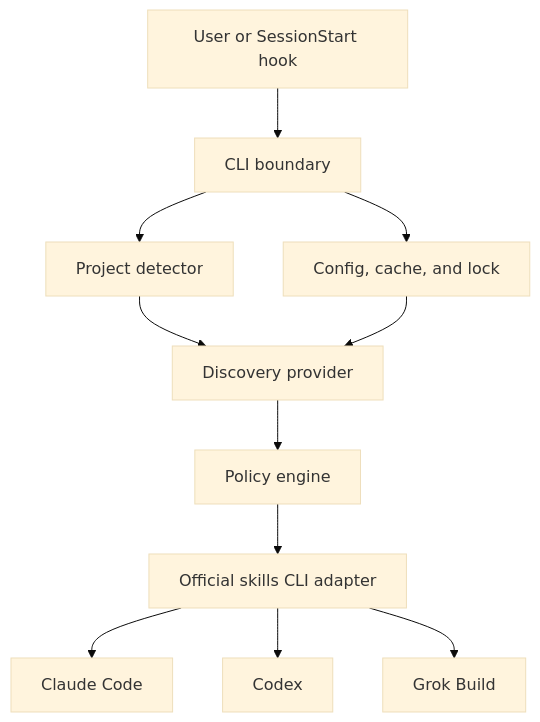
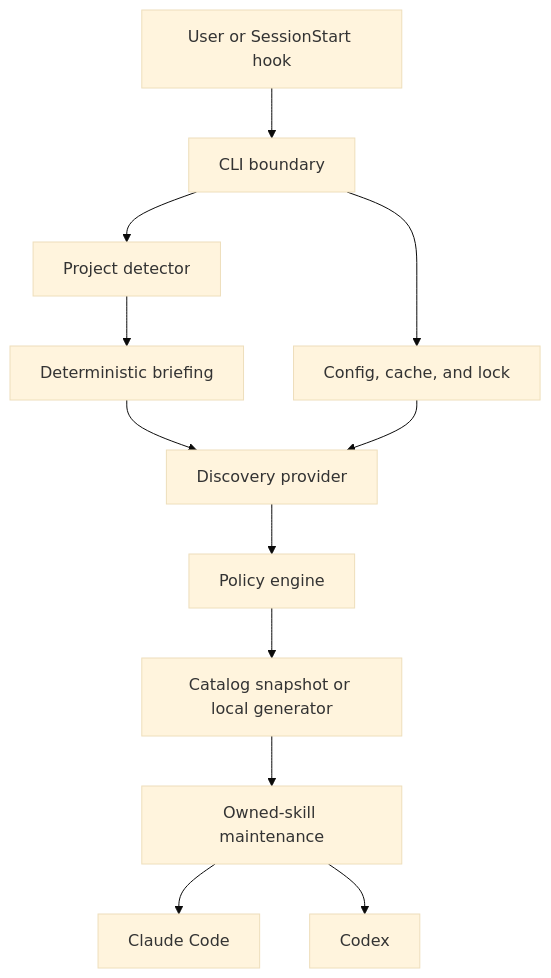
Before and after one commit to lucascharao/agent-skill-bootstrap: the diagram in docs/ARCHITECTURE.md, drawn with Mermaid (base theme). The commit also changed other lines of this file and 22 other files, not shown here.

````diff
--- a/docs/ARCHITECTURE.md
+++ b/docs/ARCHITECTURE.md
@@ -154,13 +159,14 @@
 ```mermaid
 flowchart TD
     A[User or SessionStart hook] --> B[CLI boundary]
     B --> C[Project detector]
     B --> D[Config, cache, and lock]
-    C --> E[Discovery provider]
+    C --> P[Deterministic briefing]
+    P --> E[Discovery provider]
     D --> E
     E --> F[Policy engine]
-    F --> G[Official skills CLI adapter]
-    G --> H[Claude Code]
-    G --> I[Codex]
-    G --> J[Grok Build]
+    F --> G[Catalog snapshot or local generator]
+    G --> M[Owned-skill maintenance]
+    M --> H[Claude Code]
+    M --> I[Codex]
 ```
````
